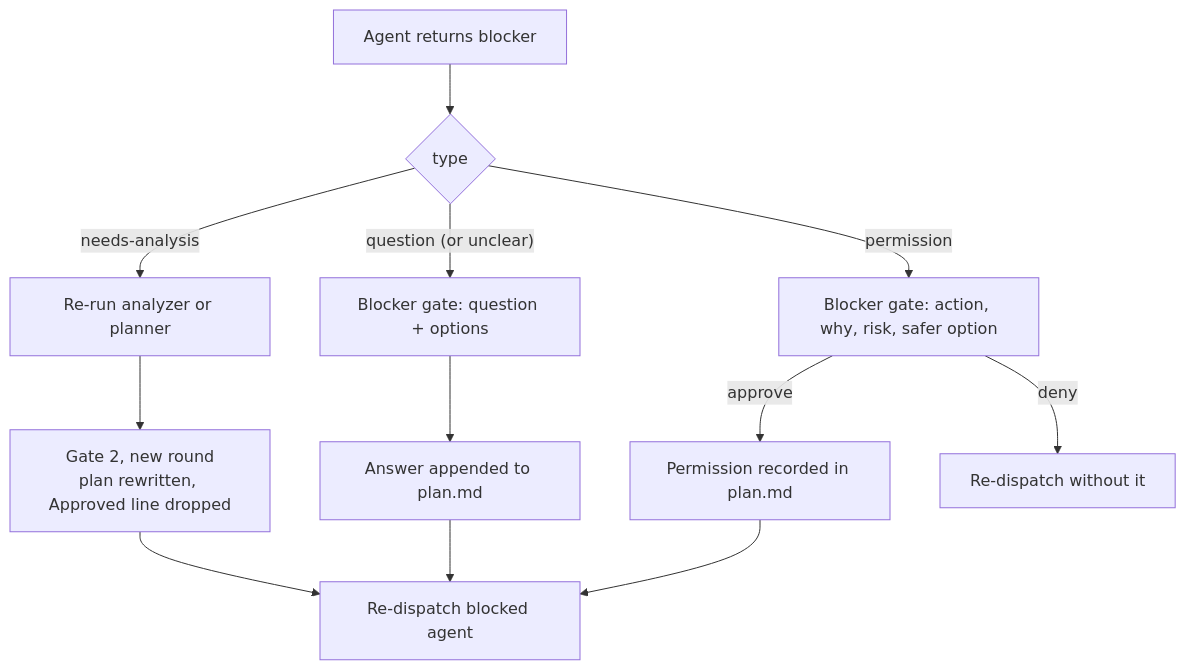
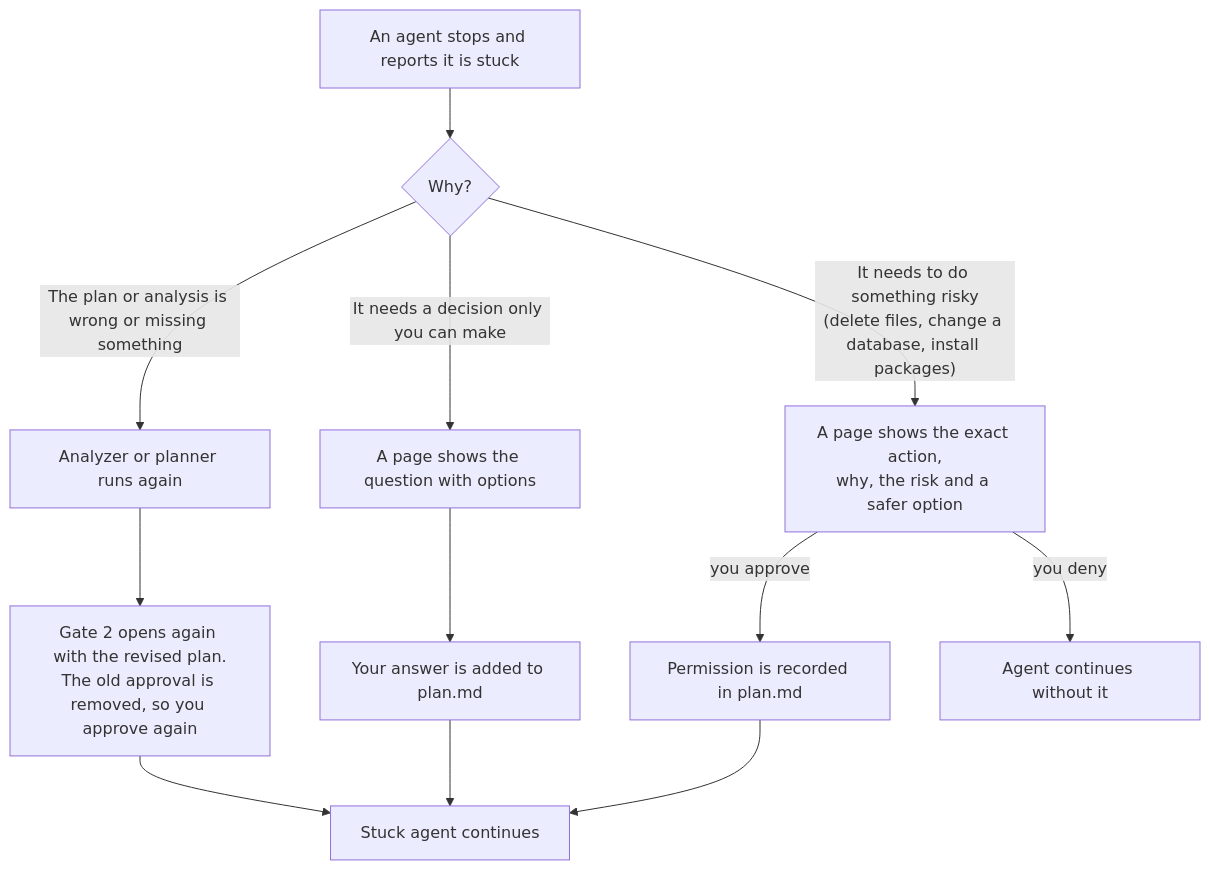
Before and after one commit to jaison10/cross-repo-orchestrator: the third of 3 diagrams in README.md, drawn with Mermaid. The commit also changed other lines of this file, not shown here.

````diff
--- a/README.md
+++ b/README.md
@@ -92,14 +120,14 @@
 ```mermaid
 flowchart TD
-    A["Agent returns blocker"] --> B{"type"}
-    B -- "needs-analysis" --> C["Re-run analyzer or planner"]
-    C --> D["Gate 2, new round<br/>plan rewritten, Approved line dropped"]
-    D --> Z["Re-dispatch blocked agent"]
-    B -- "question (or unclear)" --> E["Blocker gate: question + options"]
-    E --> F["Answer appended to plan.md"]
+    A["An agent stops and reports it is stuck"] --> B{"Why?"}
+    B -- "The plan or analysis is wrong or missing something" --> C["Analyzer or planner runs again"]
+    C --> D["Gate 2 opens again with the revised plan.<br/>The old approval is removed, so you approve again"]
+    D --> Z["Stuck agent continues"]
+    B -- "It needs a decision only you can make" --> E["A page shows the question with options"]
+    E --> F["Your answer is added to plan.md"]
     F --> Z
-    B -- "permission" --> G["Blocker gate: action, why, risk, safer option"]
-    G -- "approve" --> H["Permission recorded in plan.md"]
+    B -- "It needs to do something risky<br/>(delete files, change a database, install packages)" --> G["A page shows the exact action,<br/>why, the risk and a safer option"]
+    G -- "you approve" --> H["Permission is recorded in plan.md"]
     H --> Z
-    G -- "deny" --> Z2["Re-dispatch without it"]
+    G -- "you deny" --> Z2["Agent continues without it"]
 ```
````
